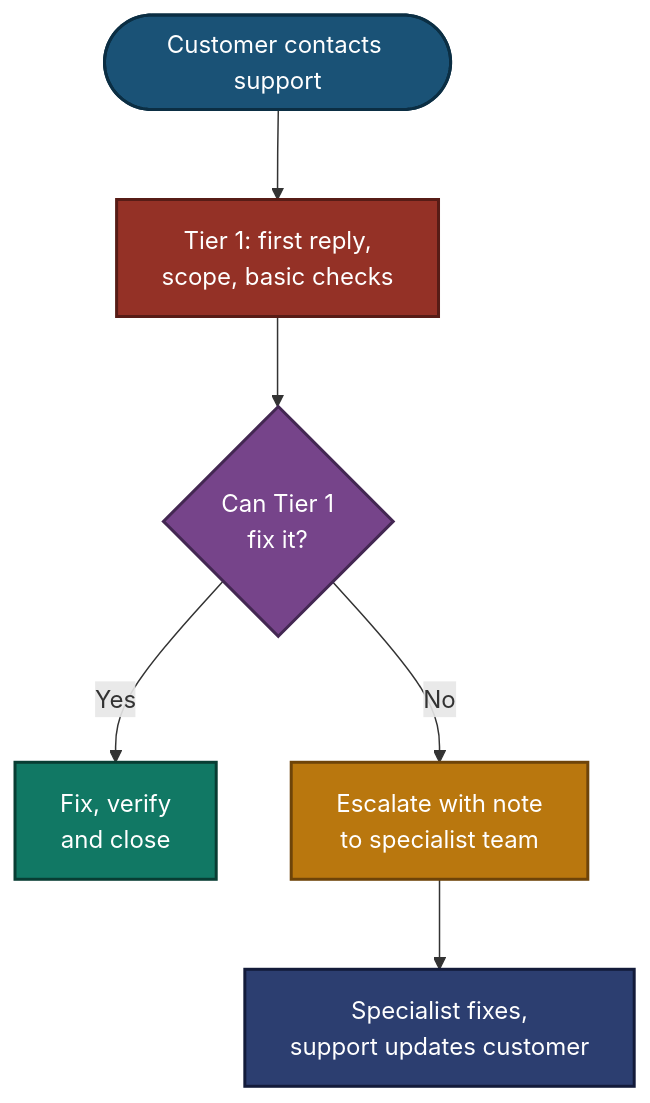
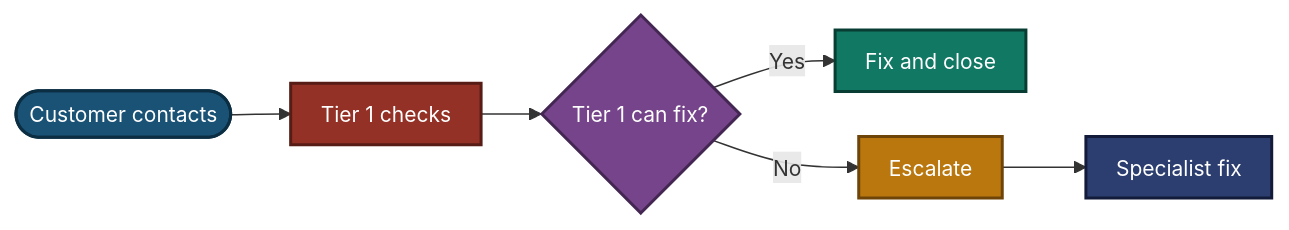
The third of 3 diagrams in 05-Escalation-scripts/README.md (malaika-azhar/Customer-Tech-Support-Portfolio), drawn with Mermaid before and after one commit. The commit also changed other lines of this file, not shown here.

````diff
--- a/05-Escalation-scripts/README.md
+++ b/05-Escalation-scripts/README.md
@@ -143,21 +167,19 @@
 ```mermaid
-%%{init: {"flowchart": {"nodeSpacing": 50, "rankSpacing": 60}}}%%
-flowchart TD
-    A(["Customer contacts support"]) --> B["Tier 1: first reply,<br>scope, basic checks"]
-    B --> C{"Can Tier 1<br>fix it?"}
-    C -->|Yes| D["Fix, verify<br>and close"]
-    C -->|No| E["Escalate with note<br>to specialist team"]
-    E --> F["Specialist fixes,<br>support updates customer"]
+%%{init: {"flowchart": {"nodeSpacing": 30, "rankSpacing": 40, "padding": 10}, "themeVariables": {"fontSize": "14px"}}}%%
+flowchart LR
+    A(["Customer contacts"]) --> B["Tier 1 checks"] --> C{"Tier 1 can fix?"}
+    C -->|Yes| D["Fix and close"]
+    C -->|No| E["Escalate"] --> F["Specialist fix"]
     classDef blue fill:#1A5276,stroke:#0B2E43,stroke-width:2px,color:#FFFFFF;
     classDef red fill:#943126,stroke:#571C16,stroke-width:2px,color:#FFFFFF;
     classDef purple fill:#76448A,stroke:#432752,stroke-width:2px,color:#FFFFFF;
     classDef orange fill:#B9770E,stroke:#6E4409,stroke-width:2px,color:#FFFFFF;
     classDef green fill:#117864,stroke:#083D33,stroke-width:2px,color:#FFFFFF;
     classDef navy fill:#2C3E70,stroke:#131B3A,stroke-width:2px,color:#FFFFFF;
     class A blue;
     class B red;
     class C purple;
     class D green;
     class E orange;
     class F navy;
 ```
````
